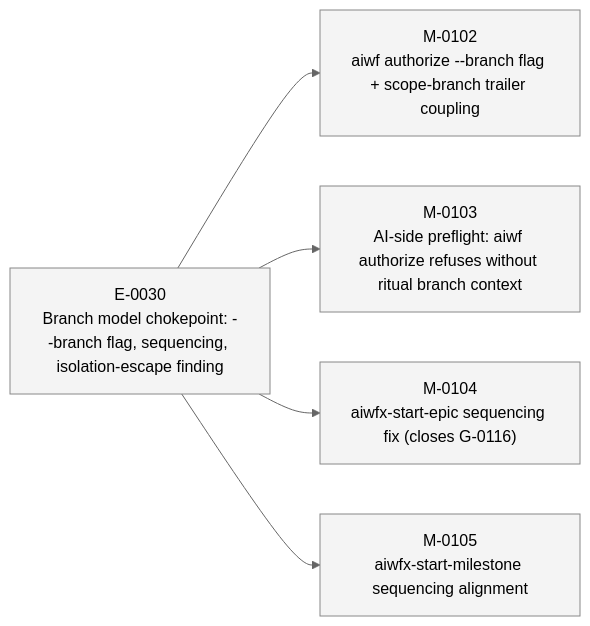
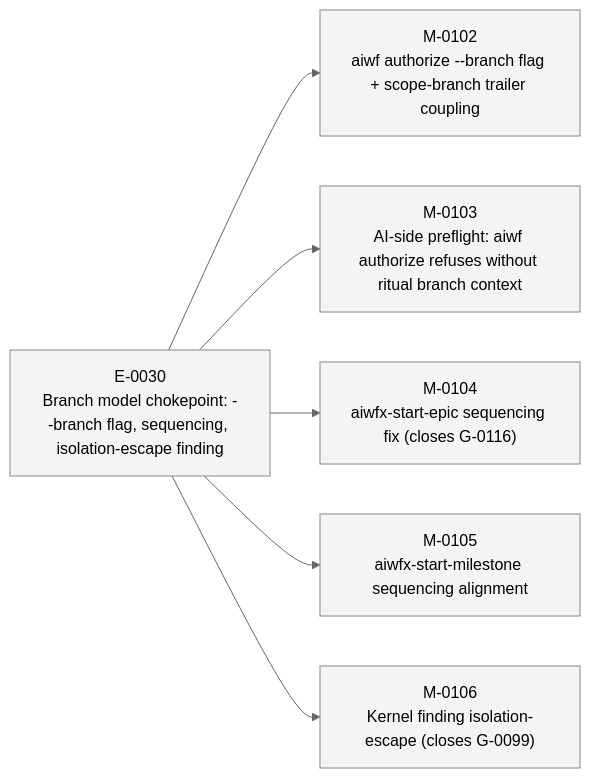
One commit to 23min/aiwf changed the fourth of 4 diagrams in STATUS.md. Above: the diagram before and after it, drawn with Mermaid (neutral theme). The commit also changed other lines of this file and 1 other file, not shown here.

First line of the commit message:
aiwf add milestone M-0106 "Kernel finding isolation-escape (closes G-0099)"

````diff
--- a/STATUS.md
+++ b/STATUS.md
@@ -97,18 +98,20 @@
 ```mermaid
 flowchart LR
   E_0030["E-0030<br/>Branch model chokepoint: --branch flag, sequencing, isolation-escape finding"]:::epic_proposed
   M_0102["M-0102<br/>aiwf authorize --branch flag + scope-branch trailer coupling"]:::ms_draft
   E_0030 --> M_0102
   M_0103["M-0103<br/>AI-side preflight: aiwf authorize refuses without ritual branch context"]:::ms_draft
   E_0030 --> M_0103
   M_0104["M-0104<br/>aiwfx-start-epic sequencing fix (closes G-0116)"]:::ms_draft
   E_0030 --> M_0104
   M_0105["M-0105<br/>aiwfx-start-milestone sequencing alignment"]:::ms_draft
   E_0030 --> M_0105
+  M_0106["M-0106<br/>Kernel finding isolation-escape (closes G-0099)"]:::ms_draft
+  E_0030 --> M_0106
   classDef epic_active fill:#d6eaff,stroke:#1a73e8,color:#000
   classDef epic_proposed fill:#f4f4f4,stroke:#888,color:#000
   classDef ms_done fill:#d8f5d8,stroke:#2a8a2a,color:#000
   classDef ms_in_progress fill:#fff3c4,stroke:#caa400,color:#000
   classDef ms_draft fill:#f4f4f4,stroke:#888,color:#000
   classDef ms_cancelled fill:#fbeaea,stroke:#c33,color:#000
 ```
````
